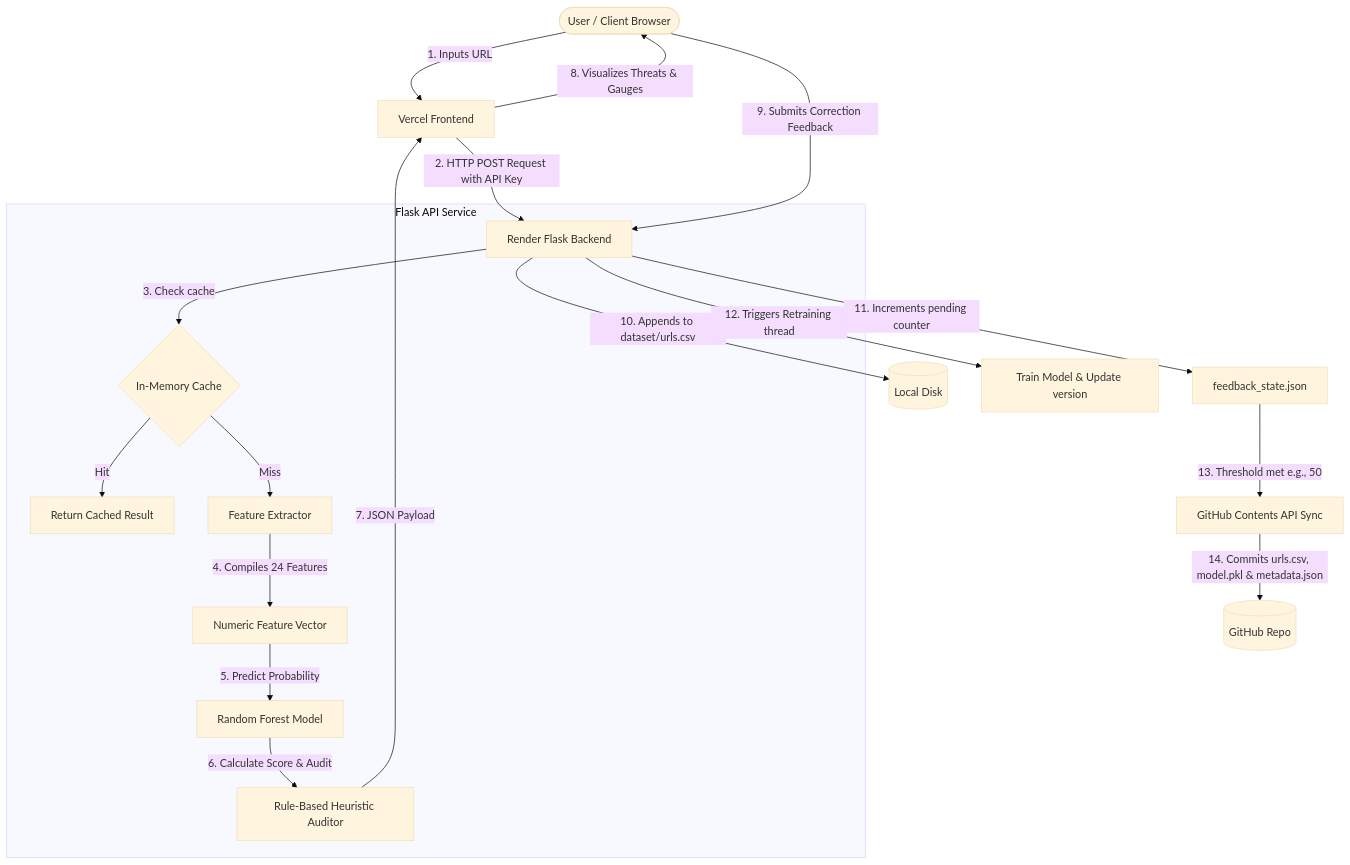
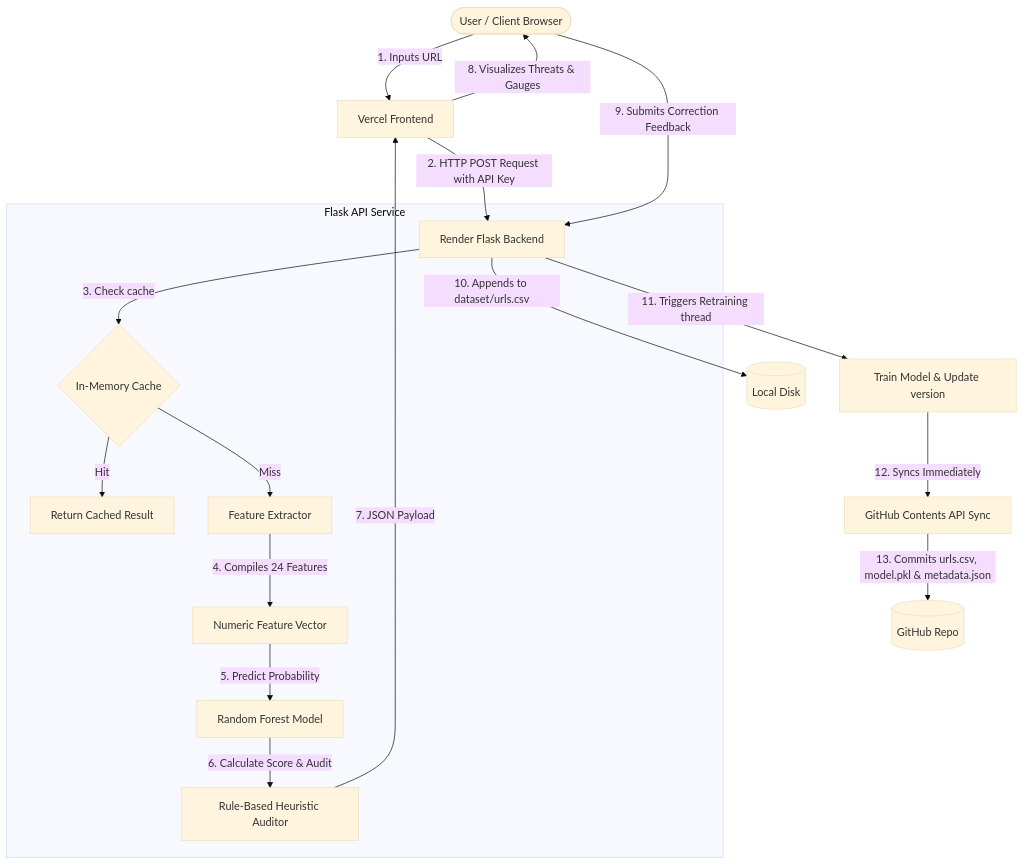
One commit to NotSoAbhinav/PhishGuard changed the diagram in PROJECT_PRESENTATION_GUIDE.md. Above: the diagram before and after it, drawn with Mermaid (base theme). The commit also changed other lines of this file, not shown here.

Commit message:
Update walkthrough and B.Tech guide to reflect immediate sync model

````diff
--- a/PROJECT_PRESENTATION_GUIDE.md
+++ b/PROJECT_PRESENTATION_GUIDE.md
@@ -19,26 +19,25 @@
 ```mermaid
 graph TD
     User([User / Client Browser]) -->|1. Inputs URL| UI[Vercel Frontend]
     UI -->|2. HTTP POST Request with API Key| API[Render Flask Backend]
     
     subgraph Backend [Flask API Service]
         API -->|3. Check cache| Cache{In-Memory Cache}
         Cache -->|Hit| ResCached[Return Cached Result]
         Cache -->|Miss| FE[Feature Extractor]
         
         FE -->|4. Compiles 24 Features| Vector[Numeric Feature Vector]
         Vector -->|5. Predict Probability| RF[Random Forest Model]
         RF -->|6. Calculate Score & Audit| Rules[Rule-Based Heuristic Auditor]
     end
     
     Rules -->|7. JSON Payload| UI
     UI -->|8. Visualizes Threats & Gauges| User
     
     User -->|9. Submits Correction Feedback| API
     API -->|10. Appends to dataset/urls.csv| Disk[(Local Disk)]
-    API -->|11. Increments pending counter| State[feedback_state.json]
-    API -->|12. Triggers Retraining thread| Train[Train Model & Update version]
+    API -->|11. Triggers Retraining thread| Train[Train Model & Update version]
     
-    State -->|13. Threshold met e.g., 50| Push[GitHub Contents API Sync]
-    Push -->|14. Commits urls.csv, model.pkl & metadata.json| Git[(GitHub Repo)]
+    Train -->|12. Syncs Immediately| Push[GitHub Contents API Sync]
+    Push -->|13. Commits urls.csv, model.pkl & metadata.json| Git[(GitHub Repo)]
 ```
````
